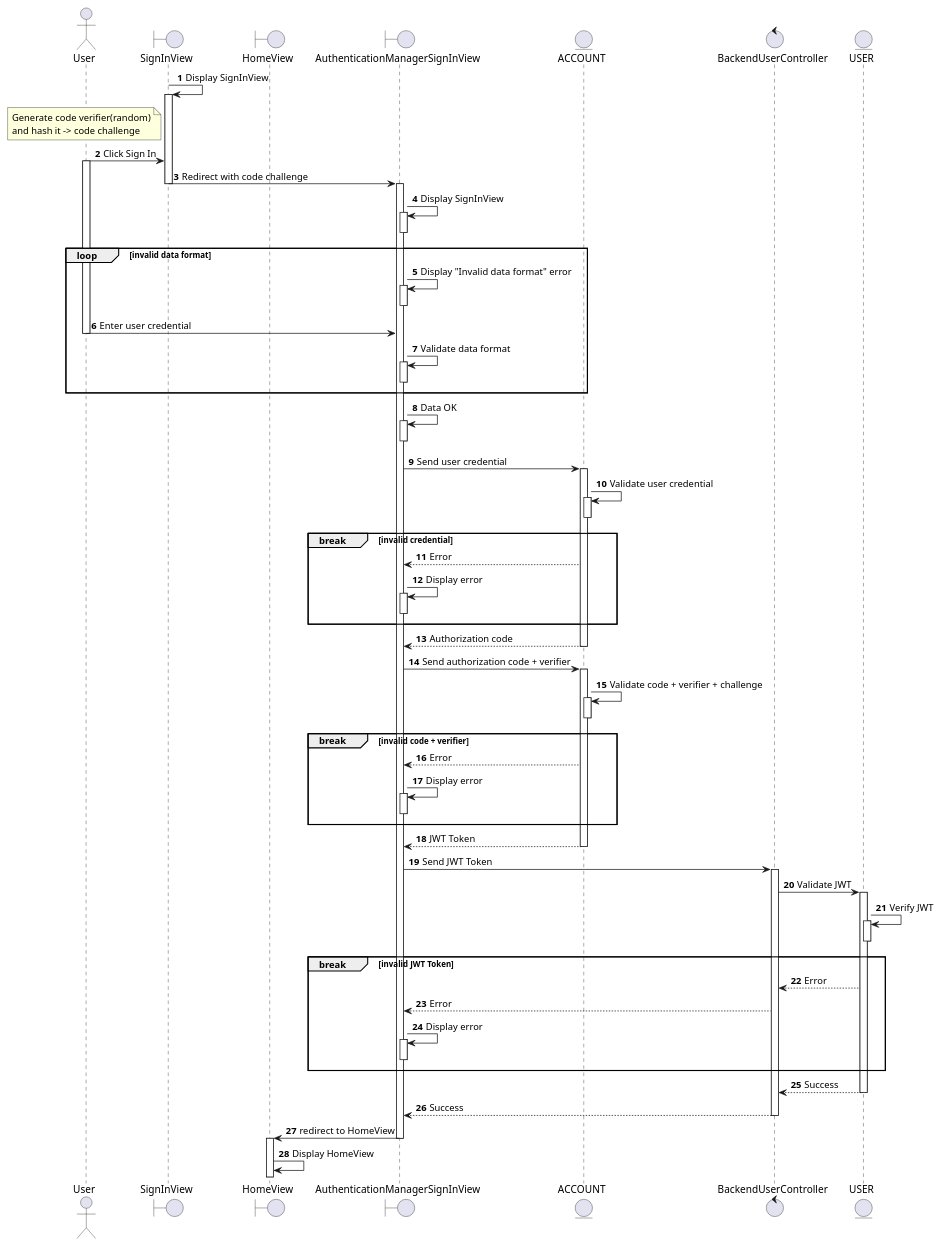
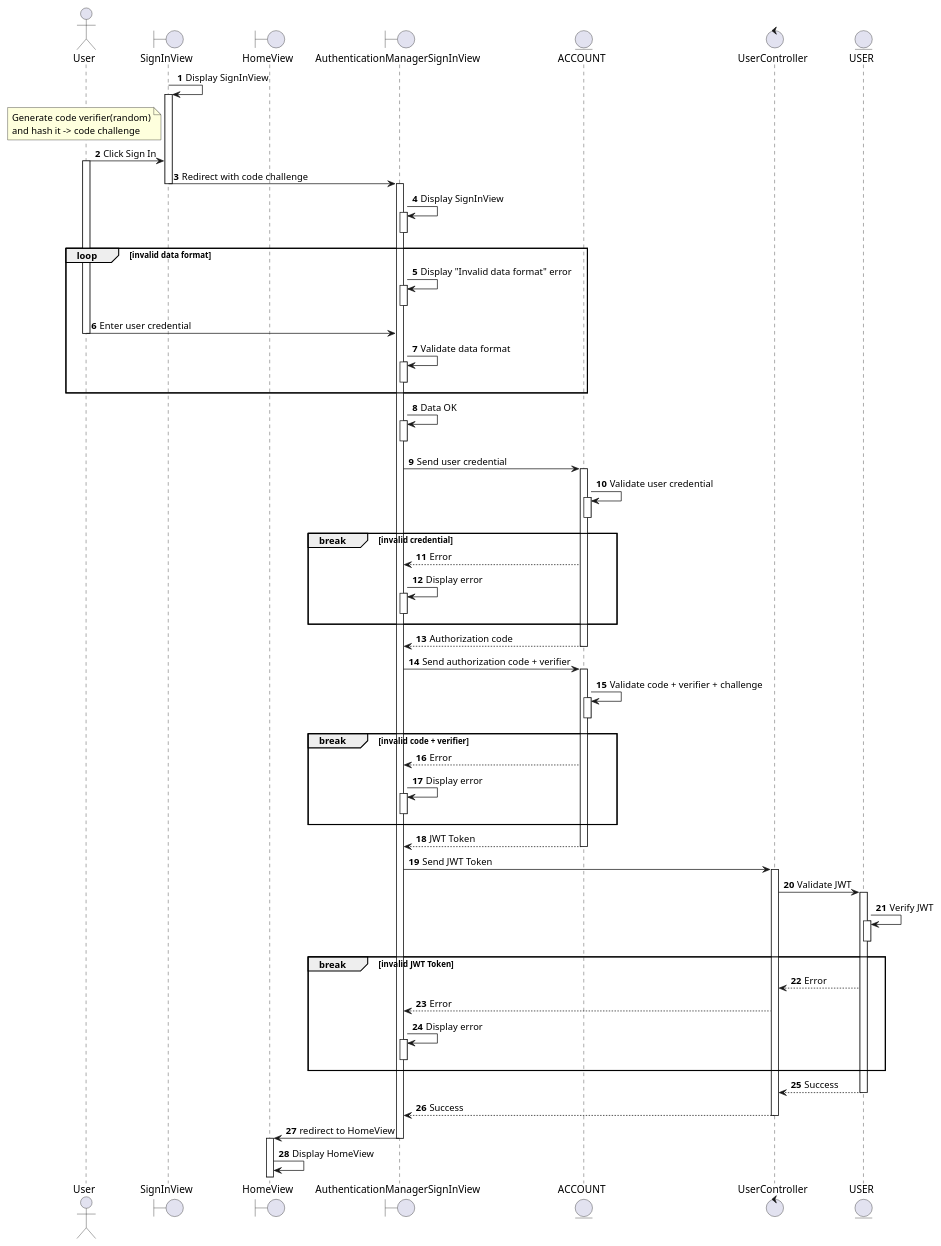
The diagram in docs/docs/sequence/manage-account/sign-in.md (electricilies/electricilies.github.io), drawn with PlantUML before and after one commit. The commit also changed 1 other file, not shown here.

Commit message:
fix(sign-in,sign-up): rename controller

```diff
--- a/docs/docs/sequence/manage-account/sign-in.md
+++ b/docs/docs/sequence/manage-account/sign-in.md
@@ -9,7 +9,7 @@
 boundary HomeView as HV
 boundary AuthenticationManagerSignInView as AMSIV
 entity ACCOUNT as A
-control BackendUserController as BUC
+control UserController as UC
 entity USER as US
 
 SIV -> SIV: Display SignInView
@@ -74,27 +74,27 @@
 AMSIV <-- A: JWT Token
 deactivate A
 
-AMSIV -> BUC: Send JWT Token
-activate BUC
+AMSIV -> UC: Send JWT Token
+activate UC
 
-BUC -> US: Validate JWT
+UC -> US: Validate JWT
 activate US
 US -> US: Verify JWT
 activate US
 deactivate US
 
 break invalid JWT Token
-  BUC <-- US: Error
-  AMSIV <-- BUC: Error
+  UC <-- US: Error
+  AMSIV <-- UC: Error
   AMSIV -> AMSIV: Display error
   activate AMSIV
   deactivate AMSIV
 end
 
-BUC <-- US: Success
+UC <-- US: Success
 deactivate US
-AMSIV <-- BUC: Success
-deactivate BUC
+AMSIV <-- UC: Success
+deactivate UC
 HV <- AMSIV: redirect to HomeView
 deactivate AMSIV
 activate HV
```
